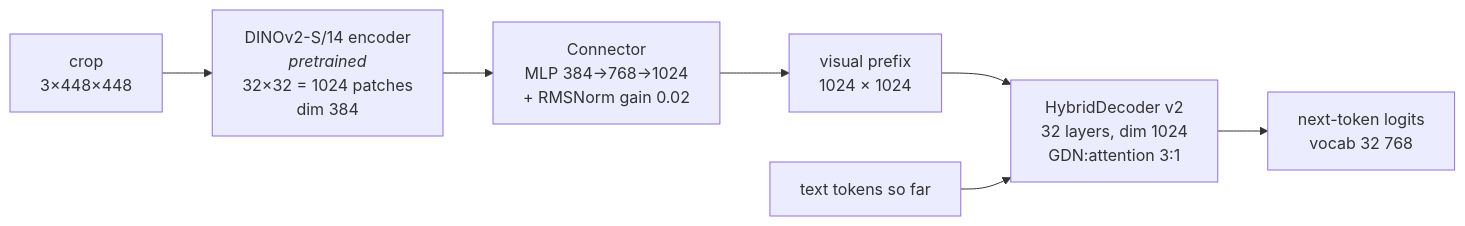
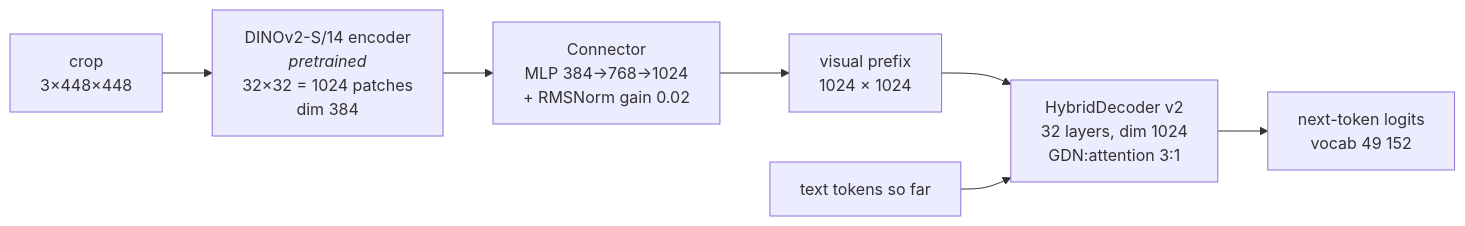
Before and after one commit to Saurab-Shrestha/Akshara: the second of 3 diagrams in docs/ARCHITECTURE.md, drawn with Mermaid. The commit also changed other lines of this file and 16 other files, not shown here.

````diff
--- a/docs/ARCHITECTURE.md
+++ b/docs/ARCHITECTURE.md
@@ -66,9 +66,9 @@
 ```mermaid
 flowchart LR
     A["crop<br/>3×448×448"] --> B["DINOv2-S/14 encoder<br/><i>pretrained</i><br/>32×32 = 1024 patches<br/>dim 384"]
     B --> C["Connector<br/>MLP 384→768→1024<br/>+ RMSNorm gain 0.02"]
     C --> D["visual prefix<br/>1024 × 1024"]
     D --> E["HybridDecoder v2<br/>32 layers, dim 1024<br/>GDN:attention 3:1"]
     T["text tokens so far"] --> E
-    E --> F["next-token logits<br/>vocab 32 768"]
+    E --> F["next-token logits<br/>vocab 49 152"]
 ```
````
